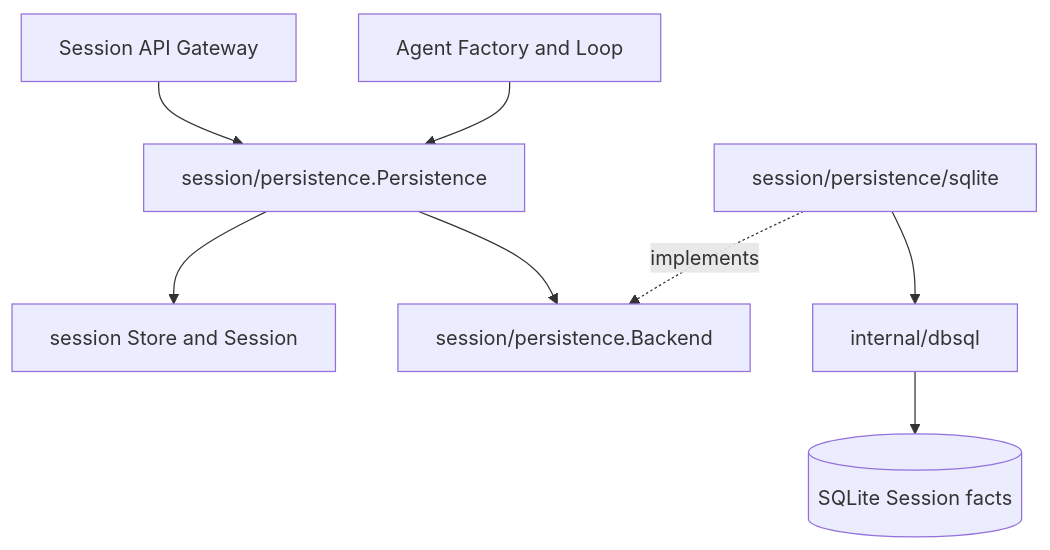
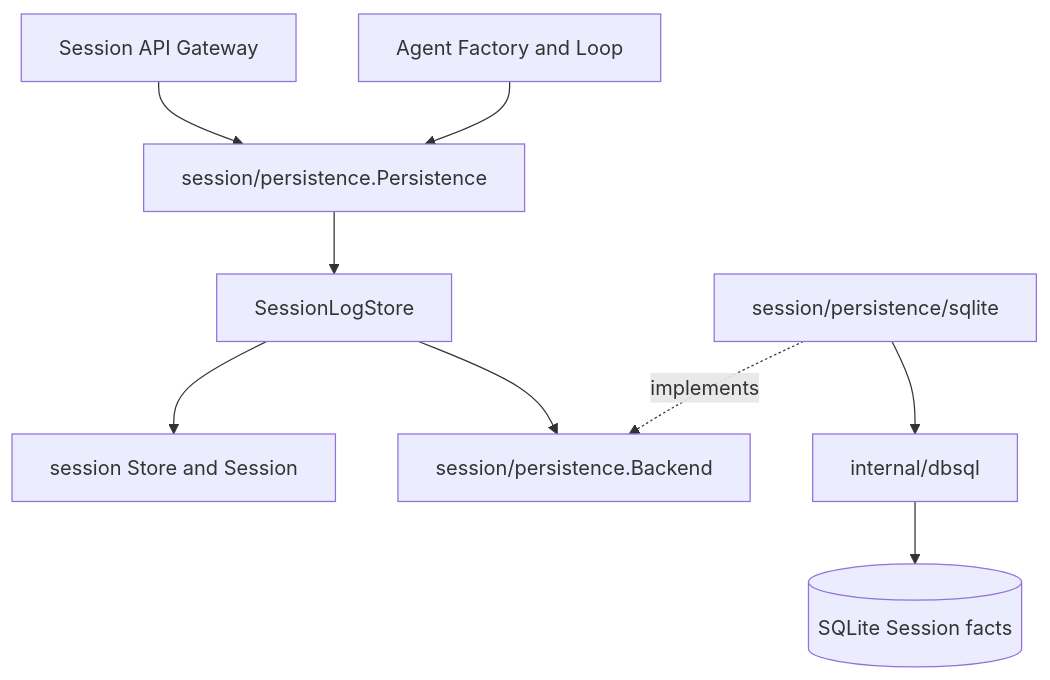
Before and after one commit to gorenx/goren: the first of 3 diagrams in zh-CN/19-session-persistence-and-sqlite.md, drawn with Mermaid. The commit also changed other lines of this file and 17 other files, not shown here.

````diff
--- a/zh-CN/19-session-persistence-and-sqlite.md
+++ b/zh-CN/19-session-persistence-and-sqlite.md
@@ -25,10 +25,11 @@
 ```mermaid
 flowchart TD
     API[Session API Gateway] --> P[session/persistence.Persistence]
     LOOP[Agent Factory and Loop] --> P
-    P --> CORE[session Store and Session]
-    P --> PORT[session/persistence.Backend]
+    P --> LOG[SessionLogStore]
+    LOG --> CORE[session Store and Session]
+    LOG --> PORT[session/persistence.Backend]
     SQLITE[session/persistence/sqlite] -. implements .-> PORT
     SQLITE --> SQLC[internal/dbsql]
     SQLC --> DB[(SQLite Session facts)]
 ```
````
